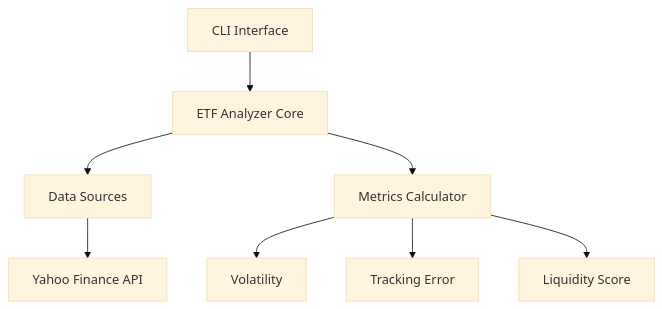
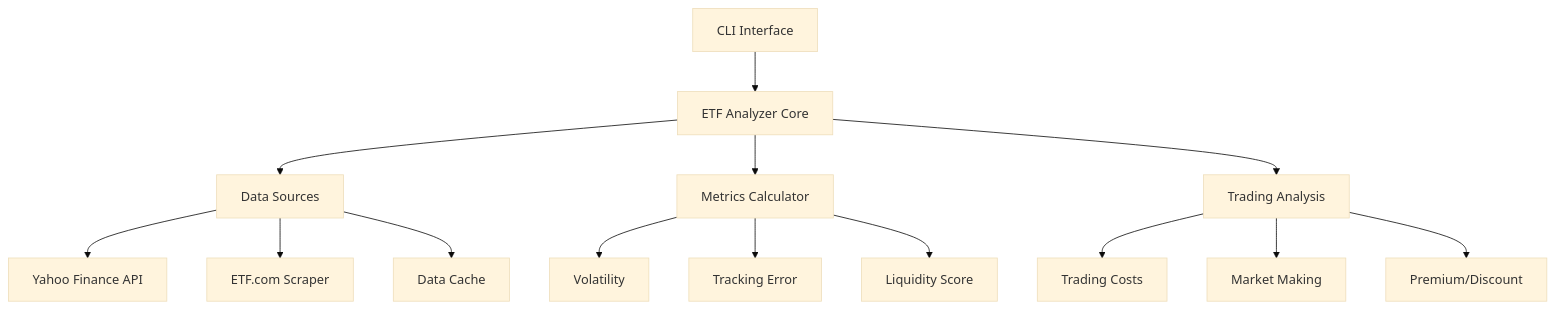
The first of 3 diagrams in README.md (ericgage/Investing), drawn with Mermaid (base theme) before and after one commit. The commit also changed other lines of this file and 30 other files, not shown here.

First line of the commit message:
Key changes: - Fixed ETFDataCache initialization and mocking in tests - Corrected trading costs calculation and alerts - Improved benchmark data error handling - Updated premium/discount analysis - Fixed real-time data validation

````diff
--- a/README.md
+++ b/README.md
@@ -98,10 +98,19 @@
 ```mermaid
 graph TD
     CLI[CLI Interface] --> Analyzer[ETF Analyzer Core]
     Analyzer --> DataSource[Data Sources]
     Analyzer --> Metrics[Metrics Calculator]
+    Analyzer --> Trading[Trading Analysis]
+    
     DataSource --> YFinance[Yahoo Finance API]
+    DataSource --> ETFcom[ETF.com Scraper]
+    DataSource --> Cache[Data Cache]
+    
     Metrics --> Volatility[Volatility]
     Metrics --> TrackingError[Tracking Error]
     Metrics --> Liquidity[Liquidity Score]
+    
+    Trading --> Costs[Trading Costs]
+    Trading --> MarketMaker[Market Making]
+    Trading --> PremiumDiscount[Premium/Discount]
 ```
````
